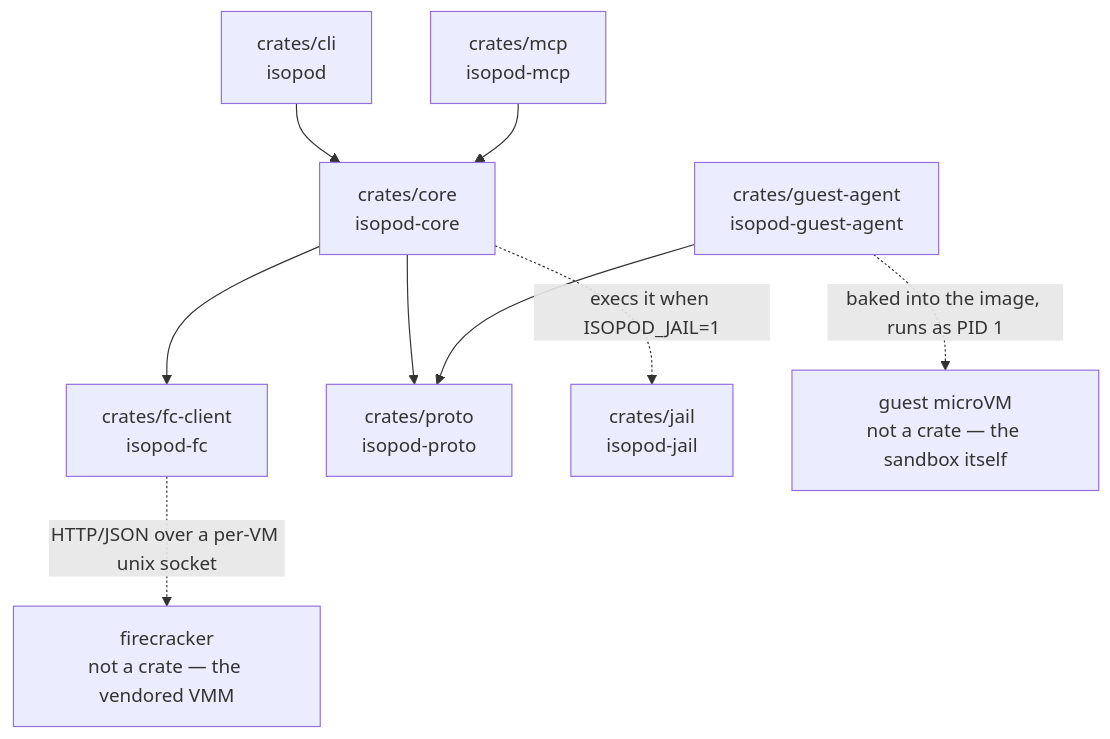
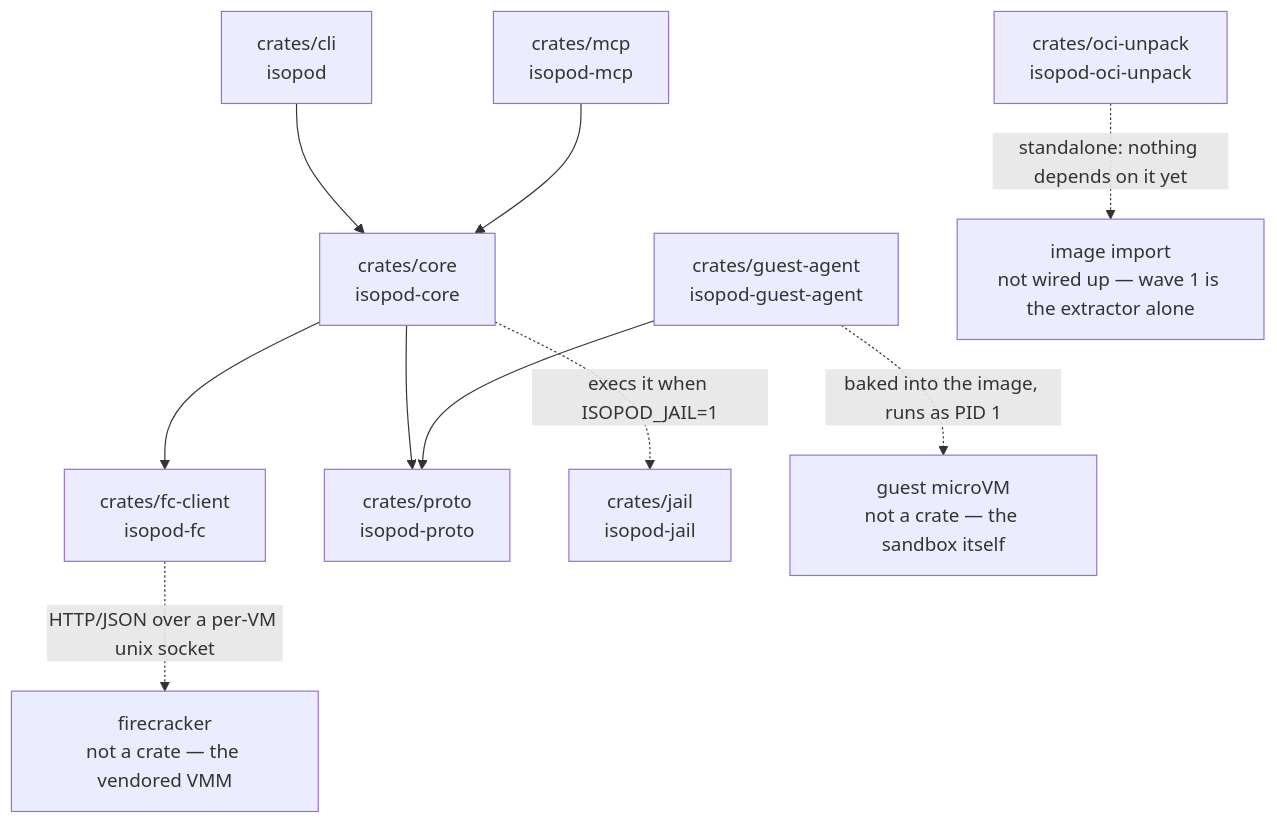
The diagram in CONTRIBUTING.md (me1iissa/isopod), drawn with Mermaid before and after one commit. The commit also changed other lines of this file and 11 other files, not shown here.

````diff
--- a/CONTRIBUTING.md
+++ b/CONTRIBUTING.md
@@ -85,11 +85,12 @@
 ```mermaid
 flowchart TB
     CLI["crates/cli<br/>isopod"] --> CORE
     MCP["crates/mcp<br/>isopod-mcp"] --> CORE["crates/core<br/>isopod-core"]
     CORE --> FCC["crates/fc-client<br/>isopod-fc"]
     CORE --> PROTO["crates/proto<br/>isopod-proto"]
     GA["crates/guest-agent<br/>isopod-guest-agent"] --> PROTO
     CORE -.->|"execs it when ISOPOD_JAIL=1"| JAIL["crates/jail<br/>isopod-jail"]
+    OCI["crates/oci-unpack<br/>isopod-oci-unpack"] -.->|"standalone: nothing depends on it yet"| NONE["image import<br/>not wired up — wave 1 is the extractor alone"]
     FCC -.->|"HTTP/JSON over a per-VM unix socket"| FCB["firecracker<br/>not a crate — the vendored VMM"]
     GA -.->|"baked into the image, runs as PID 1"| VM["guest microVM<br/>not a crate — the sandbox itself"]
 ```
````
